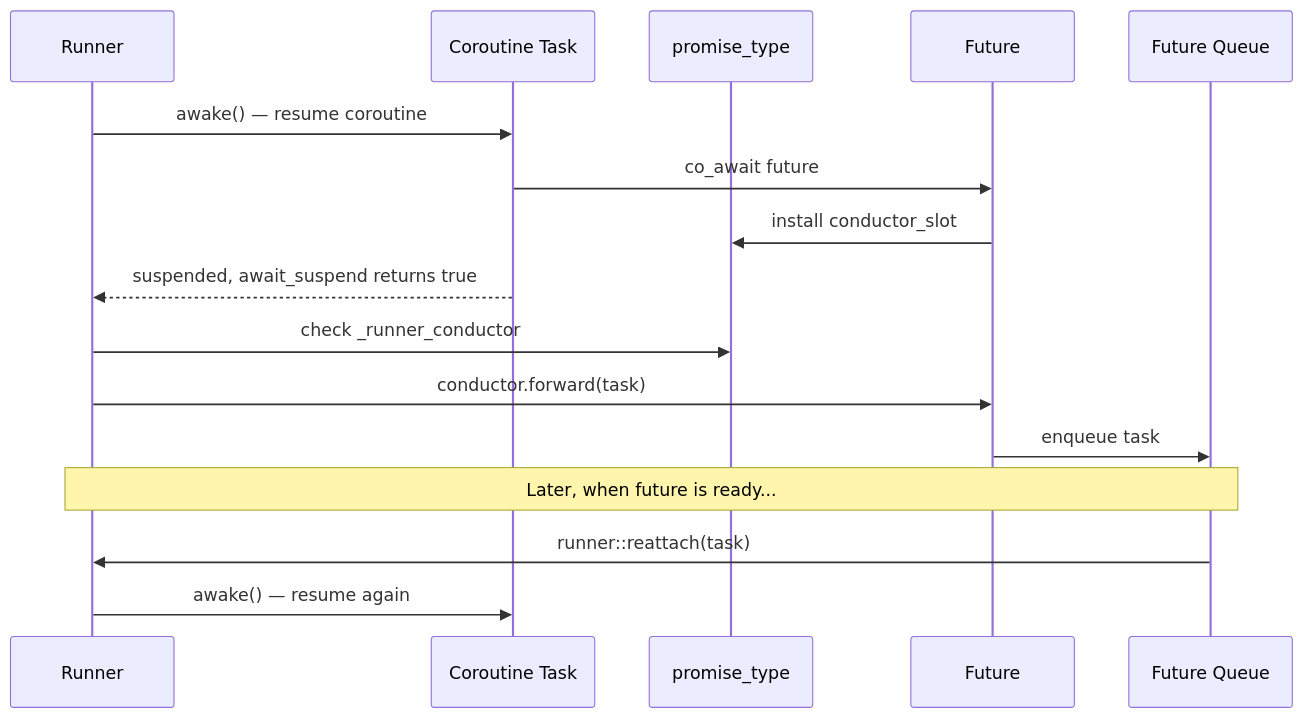
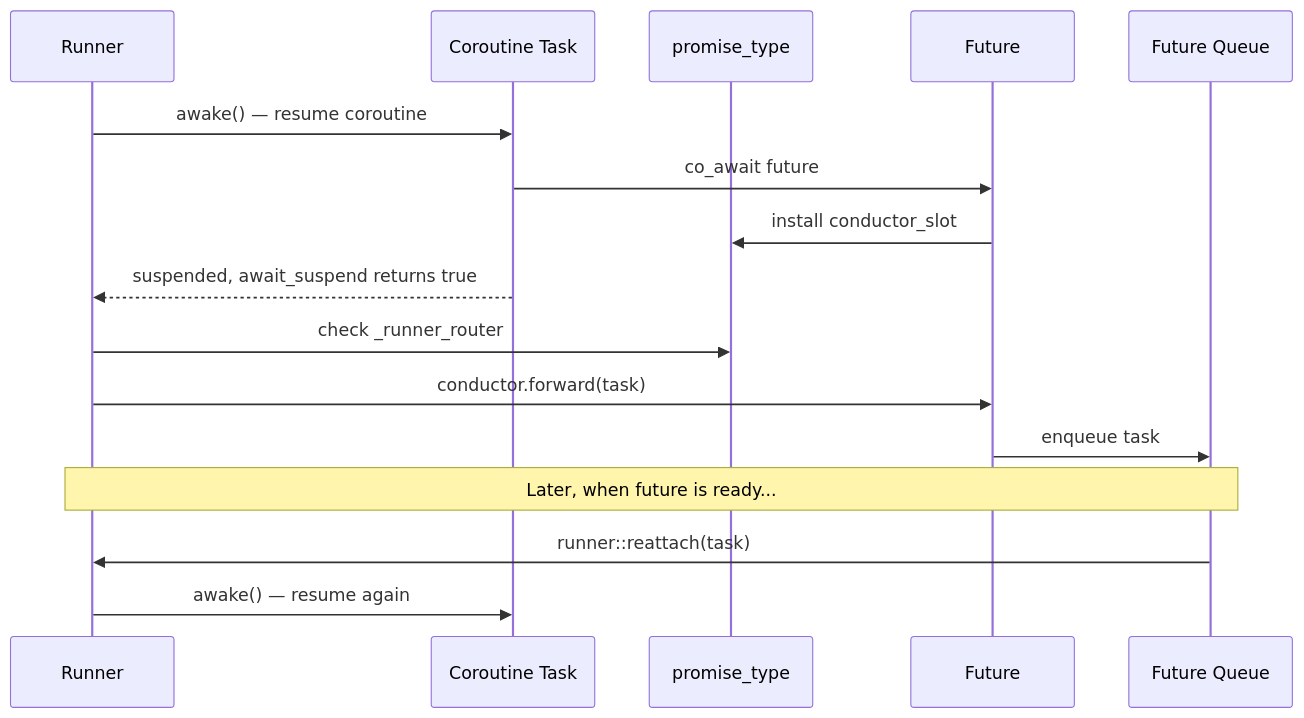
The fourth of 8 diagrams in README.md (OnionSpirit/ace), drawn with Mermaid before and after one commit. The commit also changed other lines of this file and 21 other files, not shown here.

````diff
--- a/README.md
+++ b/README.md
@@ -214,19 +214,19 @@
 ```mermaid
 sequenceDiagram
     participant Runner
     participant Task as Coroutine Task
     participant Promise as promise_type
     participant Future
     participant Queue as Future Queue
 
     Runner->>Task: awake() — resume coroutine
     Task->>Future: co_await future
     Future->>Promise: install conductor_slot
     Task-->>Runner: suspended, await_suspend returns true
-    Runner->>Promise: check _runner_conductor
+    Runner->>Promise: check _runner_router
     Runner->>Future: conductor.forward(task)
     Future->>Queue: enqueue task
     Note over Queue,Runner: Later, when future is ready...
     Queue->>Runner: runner::reattach(task)
     Runner->>Task: awake() — resume again
 ```
````
